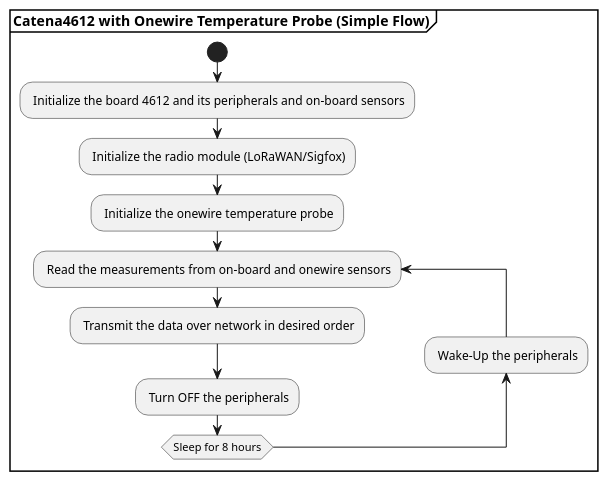
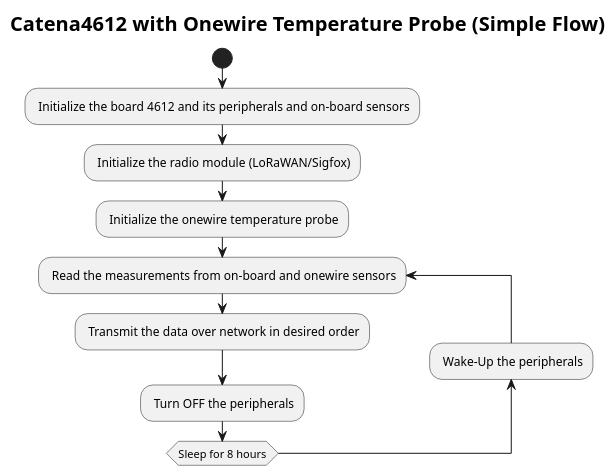
The diagram in assets/Catena4612_OneWire_Temp_Probe.plantuml (Pranau-R/Catena4612_OneWire_Temperature), drawn with PlantUML before and after one commit. The commit also changed other lines of this file and 1 other file, not shown here.

```diff
--- a/assets/Catena4612_OneWire_Temp_Probe.plantuml
+++ b/assets/Catena4612_OneWire_Temp_Probe.plantuml
@@ -1,18 +20,24 @@
 @startuml
 
-partition "**Catena4612 with Onewire Temperature Probe (Simple Flow)**" {
+<style>
+title {
+    HorizontalAlignment center
+    FontSize 20
+}
+</style>
+
+title Catena4612 with Onewire Temperature Probe (Simple Flow)
 
 start
 
 : Initialize the board 4612 and its peripherals and on-board sensors;
 : Initialize the radio module (LoRaWAN/Sigfox);
 : Initialize the onewire temperature probe;
 repeat: Read the measurements from on-board and onewire sensors;
     : Transmit the data over network in desired order;
     : Turn OFF the peripherals;
 
 backward: Wake-Up the peripherals;
 repeat while (Sleep for 8 hours)
-}
 
 @enduml
```
